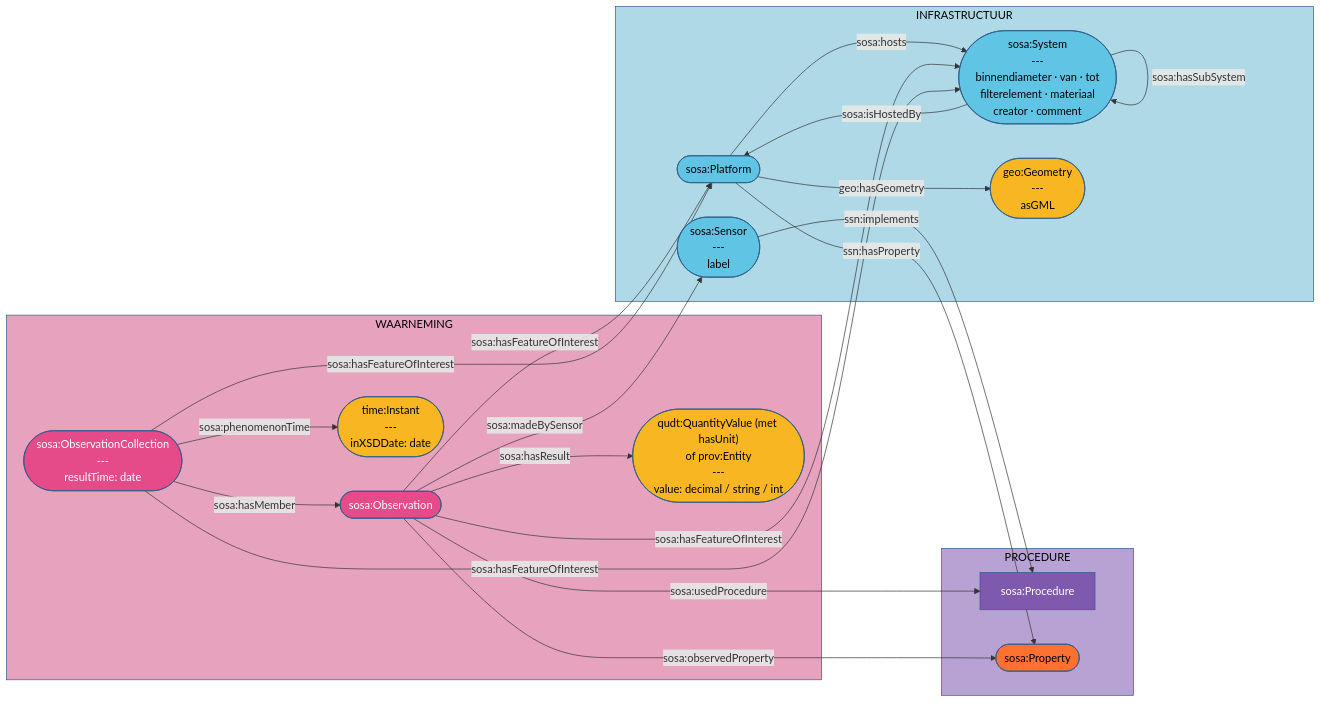
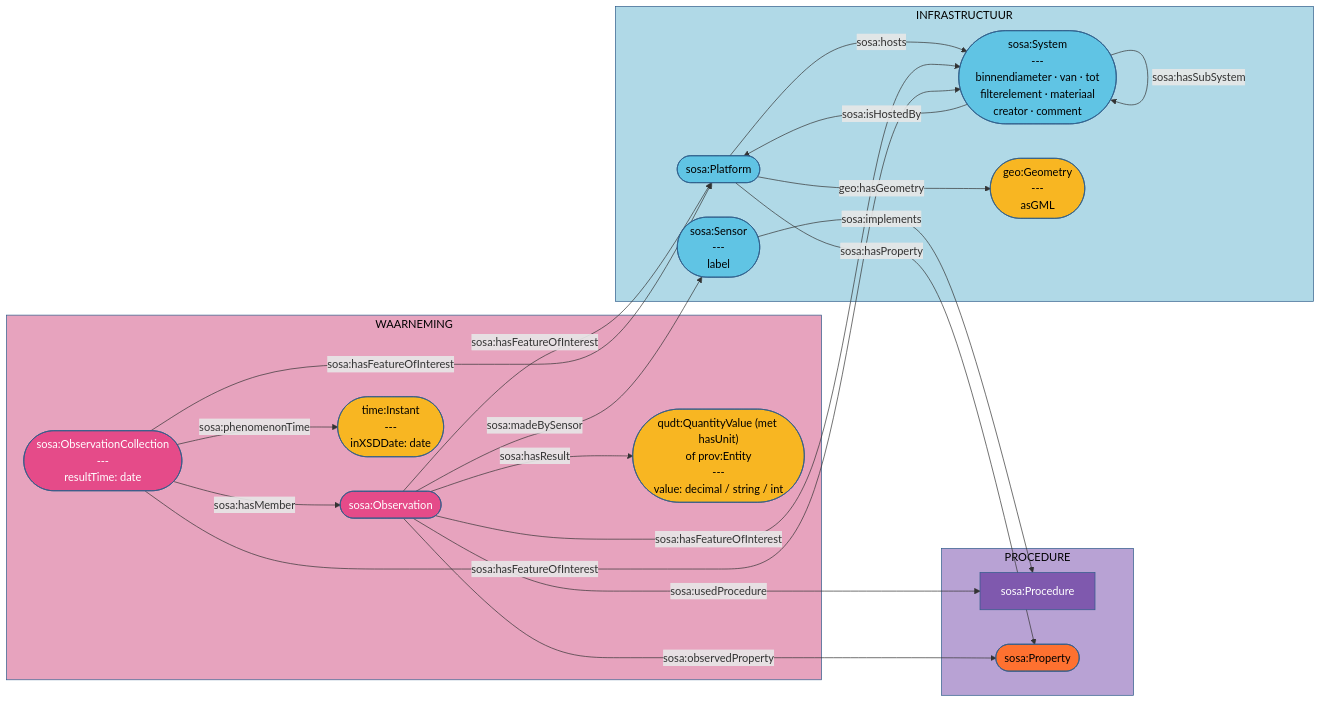
One commit to Informatievlaanderen/OSLOthema-SSNSOSA-VL changed the diagram in src/main/input/grondwaterpeilmetingen/grondwaterpeilmetingen-simpel.mmd. Above: the diagram before and after it, drawn with Mermaid. The commit also changed 15 other files, not shown here.

```diff
--- a/src/main/input/grondwaterpeilmetingen/grondwaterpeilmetingen-simpel.mmd
+++ b/src/main/input/grondwaterpeilmetingen/grondwaterpeilmetingen-simpel.mmd
@@ -1,79 +1,79 @@
 flowchart LR
 
 %% =====================================================
 %% PROCEDURE (paars – naar analogie van ONTWERP)
 %% =====================================================
     subgraph PROC["PROCEDURE"]
         Procedure["sosa:Procedure"]
         Prop(["sosa:Property"])
     end
 
     style PROC         fill:#b8a2d4,stroke:#2E5C8A,color:#000
     style Procedure    fill:#7f59ae,stroke:#2E5C8A,color:#fff
     style Prop      fill:#fe7130,stroke:#2E5C8A,color:#000
     style Prop         fill:#fe7130,stroke:#2E5C8A,color:#000
 
 %% =====================================================
 %% INFRASTRUCTUUR (blauw – naar analogie van CAPACITEIT)
 %% =====================================================
     subgraph INFRA["INFRASTRUCTUUR"]
         Platform(["sosa:Platform"])
         System(["sosa:System<br/>---<br/>binnendiameter · van · tot<br/>filterelement · materiaal<br/>creator · comment"])
         Sensor(["sosa:Sensor<br/>---<br/>label"])
         Geom(["geo:Geometry<br/>---<br/>asGML"])
     end
 
     style INFRA    fill:#b0d9e7,stroke:#2E5C8A,color:#000
     style Platform fill:#60c4e4,stroke:#2E5C8A,color:#000
     style System   fill:#60c4e4,stroke:#2E5C8A,color:#000
     style Sensor   fill:#60c4e4,stroke:#2E5C8A,color:#000
     style Geom     fill:#f8b622,stroke:#2E5C8A,color:#000
 
 %% =====================================================
 %% WAARNEMING (roze – naar analogie van REALISATIE)
 %% =====================================================
     subgraph WAAR["WAARNEMING"]
         Observation(["sosa:Observation<br/>"])
         ObsCollection(["sosa:ObservationCollection<br/>---<br/>resultTime: date"])
         Result(["qudt:QuantityValue (met hasUnit)<br/>of prov:Entity<br/>---<br/>value: decimal / string / int"])
         Instant(["time:Instant<br/>---<br/>inXSDDate: date"])
     end
 
     style WAAR         fill:#e7a3be,stroke:#2E5C8A,color:#000
     style Observation   fill:#e54b89,stroke:#2E5C8A,color:#fff
     style ObsCollection fill:#e54b89,stroke:#2E5C8A,color:#fff
     style Result        fill:#f8b622,stroke:#2E5C8A,color:#000
     style Instant       fill:#f8b622,stroke:#2E5C8A,color:#000
 
 
 %% =====================================================
 %% RELATIES – INFRASTRUCTUUR
 %% =====================================================
     Platform -->|geo:hasGeometry| Geom
     Platform -->|sosa:hosts| System
-    Platform -->|ssn:hasProperty| Prop
+    Platform -->|sosa:hasProperty| Prop
 
 
     System -->|sosa:isHostedBy| Platform
     System -->|sosa:hasSubSystem| System
 
-    Sensor -->|ssn:implements| Procedure
+    Sensor -->|sosa:implements| Procedure
 
 %% =====================================================
 %% RELATIES – OBSERVATION
 %% =====================================================
     Observation -->|sosa:hasFeatureOfInterest| Platform
     Observation -->|sosa:hasFeatureOfInterest| System
     Observation -->|sosa:madeBySensor| Sensor
     Observation -->|sosa:observedProperty| Prop
     Observation -->|sosa:usedProcedure| Procedure
     Observation -->|sosa:hasResult| Result
 
 
 %% =====================================================
 %% RELATIES – OBSERVATIONCOLLECTION
 %% =====================================================
     ObsCollection -->|sosa:hasMember| Observation
     ObsCollection -->|sosa:hasFeatureOfInterest| Platform
     ObsCollection -->|sosa:hasFeatureOfInterest| System
     ObsCollection -->|sosa:phenomenonTime| Instant
```
